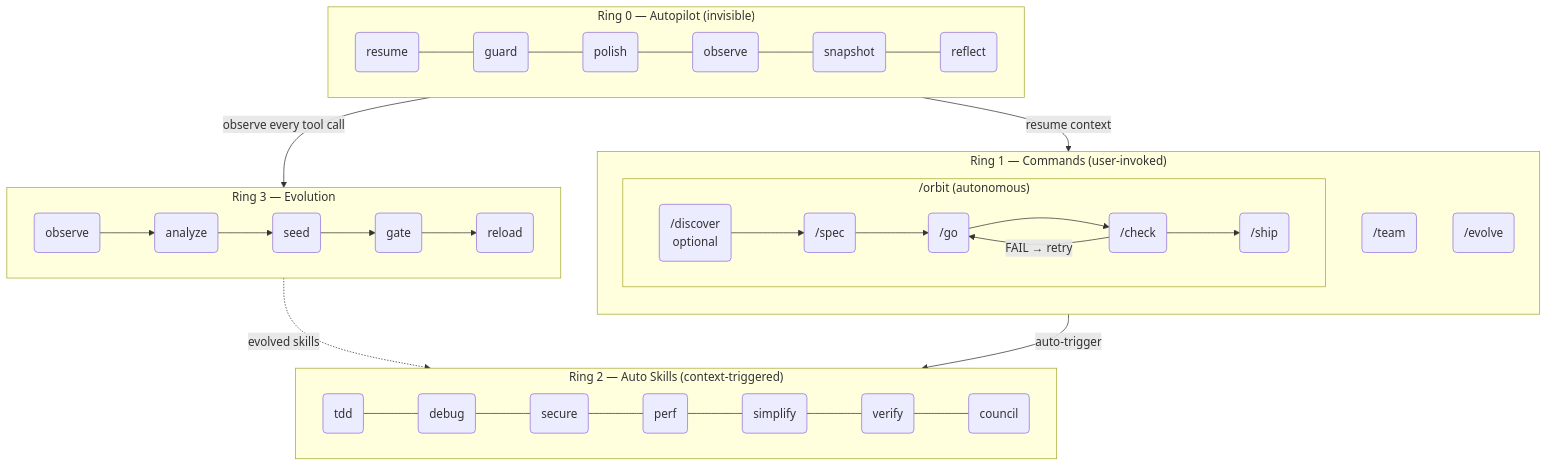
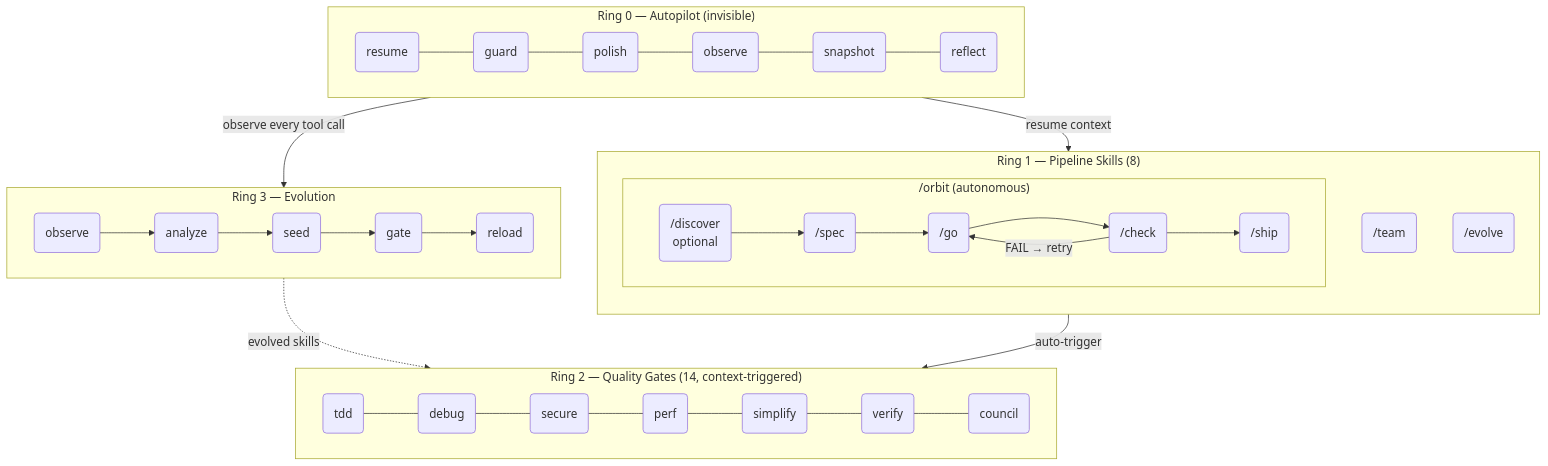
Before and after one commit to epicsagas/epic-harness: the first of 3 diagrams in docs/architecture.md, drawn with Mermaid. The commit also changed other lines of this file and 24 other files, not shown here.

First line of the commit message:
refactor: unify commands into skills (v0.4.4)

````diff
--- a/docs/architecture.md
+++ b/docs/architecture.md
@@ -18,33 +18,33 @@
 ```mermaid
 flowchart TB
     subgraph R0["Ring 0 — Autopilot (invisible)"]
         direction LR
         h1(resume) --- h2(guard) --- h3(polish) --- h4(observe) --- h5(snapshot) --- h6(reflect)
     end
 
-    subgraph R1["Ring 1 — Commands (user-invoked)"]
+    subgraph R1["Ring 1 — Pipeline Skills (8)"]
         direction TB
         subgraph orbit["  /orbit  (autonomous)"]
             direction LR
             c1("/discover\noptional") --> c2("/spec") --> c3("/go") --> c4("/check") --> c5("/ship")
             c4 -->|"FAIL → retry"| c3
         end
         c6("/team")
         c7("/evolve")
     end
 
-    subgraph R2["Ring 2 — Auto Skills (context-triggered)"]
+    subgraph R2["Ring 2 — Quality Gates (14, context-triggered)"]
         direction LR
         s1(tdd) --- s2(debug) --- s3(secure) --- s4(perf) --- s5(simplify) --- s6(verify) --- s7(council)
     end
 
     subgraph R3["Ring 3 — Evolution"]
         direction LR
         e1(observe) --> e2(analyze) --> e3(seed) --> e4(gate) --> e5(reload)
     end
 
     R0 -->|"observe every tool call"| R3
     R3 -.->|"evolved skills"| R2
     R1 -->|"auto-trigger"| R2
     R0 -->|"resume context"| R1
 ```
````
